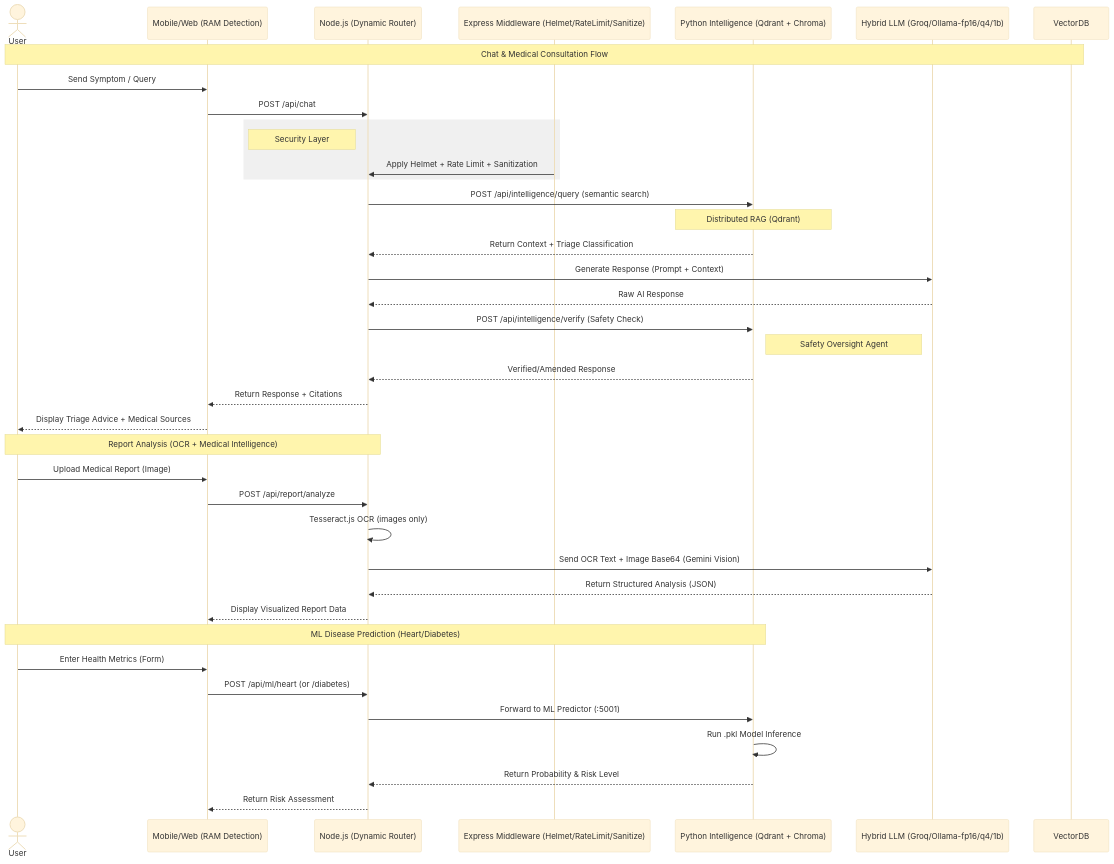
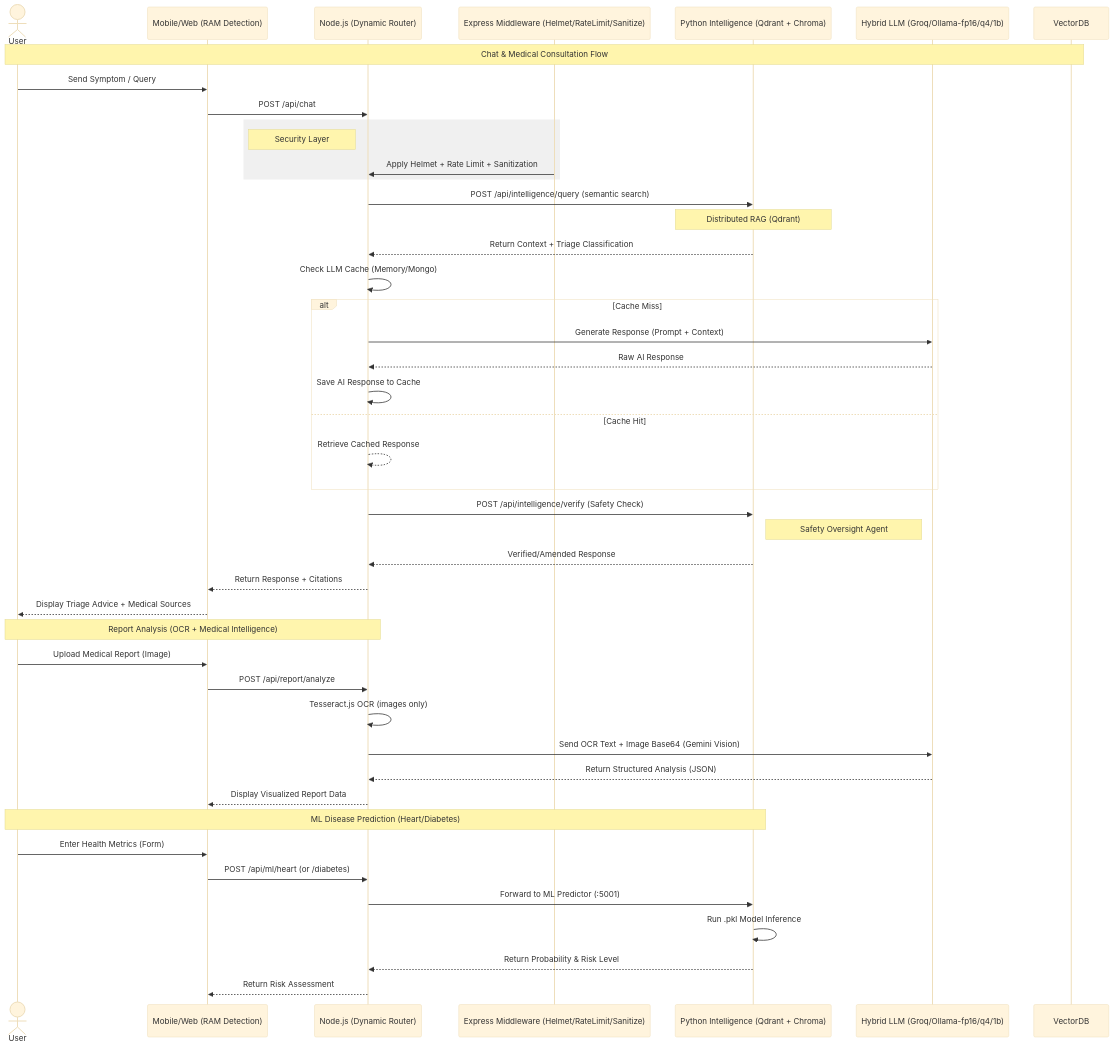
One commit to yashsrivastava1408/Aether-Clinic changed the first of 3 diagrams in README.md. Above: the diagram before and after it, drawn with Mermaid (base theme). The commit also changed other lines of this file and 53 other files, not shown here.

````diff
--- a/README.md
+++ b/README.md
@@ -7,49 +7,55 @@
 ```mermaid
 sequenceDiagram
     actor User
     participant App as Mobile/Web (RAM Detection)
     participant Server as Node.js (Dynamic Router)
     participant Security as Express Middleware (Helmet/RateLimit/Sanitize)
     participant IntelHub as Python Intelligence (Qdrant + Chroma)
     participant LLM as Hybrid LLM (Groq/Ollama-fp16/q4/1b)
     
     Note over User,VectorDB: Chat & Medical Consultation Flow
     User->>App: Send Symptom / Query
     App->>Server: POST /api/chat
     
     rect rgb(240, 240, 240)
         Note left of Server: Security Layer
         Security->>Server: Apply Helmet + Rate Limit + Sanitization
     end
 
     Server->>IntelHub: POST /api/intelligence/query (semantic search)
     Note over IntelHub: Distributed RAG (Qdrant)
     IntelHub-->>Server: Return Context + Triage Classification
     
-    Server->>LLM: Generate Response (Prompt + Context)
-    LLM-->>Server: Raw AI Response
+    Server->>Server: Check LLM Cache (Memory/Mongo)
+    alt Cache Miss
+        Server->>LLM: Generate Response (Prompt + Context)
+        LLM-->>Server: Raw AI Response
+        Server->>Server: Save AI Response to Cache
+    else Cache Hit
+        Server-->>Server: Retrieve Cached Response
+    end
     
     Server->>IntelHub: POST /api/intelligence/verify (Safety Check)
     Note right of IntelHub: Safety Oversight Agent
     IntelHub-->>Server: Verified/Amended Response
     
     Server-->>App: Return Response + Citations
     App-->>User: Display Triage Advice + Medical Sources
 
     Note over User,Server: Report Analysis (OCR + Medical Intelligence)
     User->>App: Upload Medical Report (Image)
     App->>Server: POST /api/report/analyze
     
     Server->>Server: Tesseract.js OCR (images only)
     Server->>LLM: Send OCR Text + Image Base64 (Gemini Vision)
     LLM-->>Server: Return Structured Analysis (JSON)
     Server-->>App: Display Visualized Report Data
 
     Note over User,IntelHub: ML Disease Prediction (Heart/Diabetes)
     User->>App: Enter Health Metrics (Form)
     App->>Server: POST /api/ml/heart (or /diabetes)
     Server->>IntelHub: Forward to ML Predictor (:5001)
     IntelHub->>IntelHub: Run .pkl Model Inference
     IntelHub-->>Server: Return Probability & Risk Level
     Server-->>App: Return Risk Assessment
 ```
````
